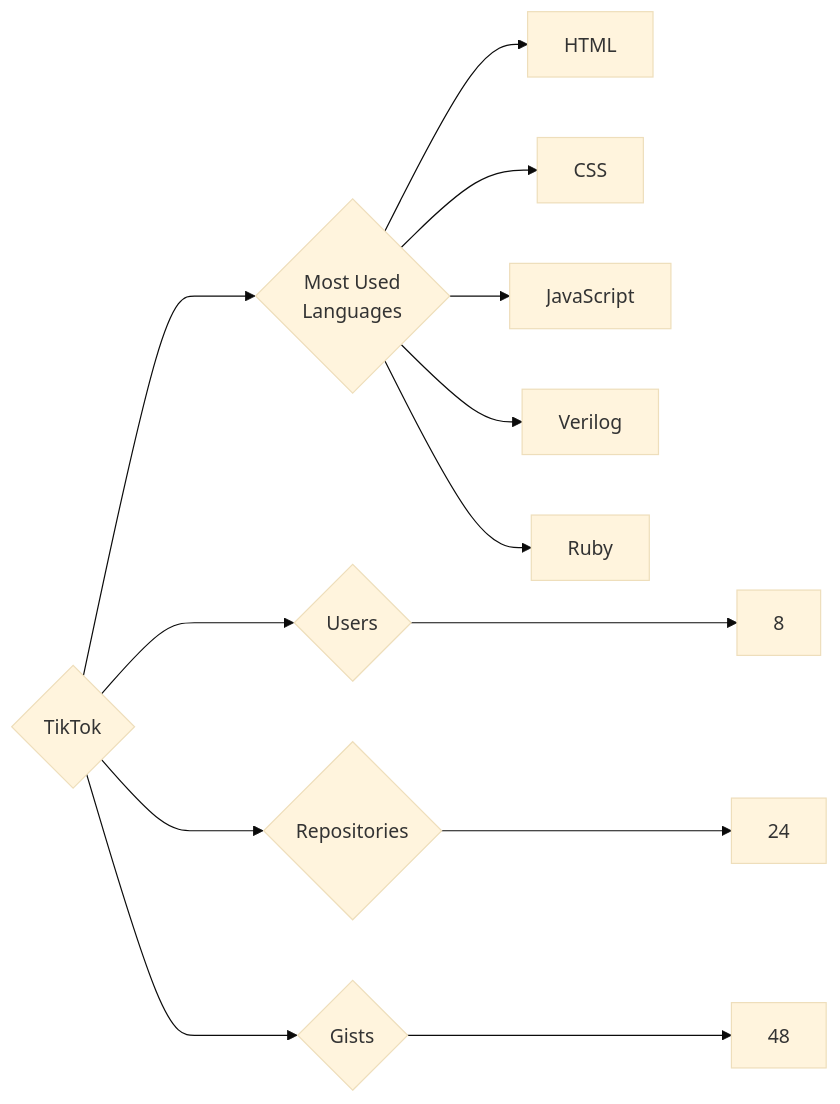
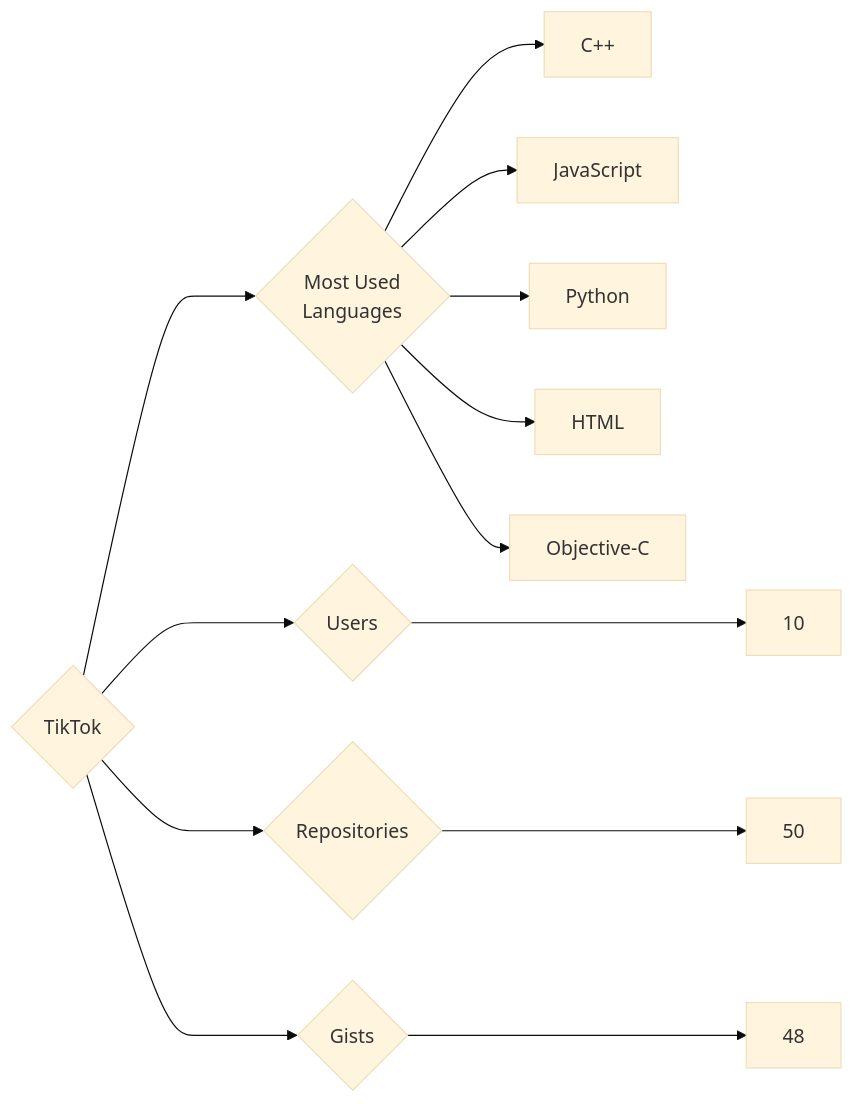
Before and after one commit to trickest/insiders: the diagram in targets/TikTok/README.md, drawn with Mermaid (base theme). The commit also changed 964 other files, not shown here.

````diff
--- a/targets/TikTok/README.md
+++ b/targets/TikTok/README.md
@@ -3,13 +3,13 @@
 ```mermaid
 graph LR
 COMPANY_NAME{TikTok}
-COMPANY_NAME ---> U{Users} ---> UN[8]
-COMPANY_NAME ---> R{Repositories} ---> RN[24]
+COMPANY_NAME ---> U{Users} ---> UN[10]
+COMPANY_NAME ---> R{Repositories} ---> RN[50]
 COMPANY_NAME ---> G{Gists} ---> GN[48]
 COMPANY_NAME ---> ML{Most Used<br>Languages}
+ML --> C++[C++]
+ML --> JavaScript[JavaScript]
+ML --> Python[Python]
 ML --> HTML[HTML]
-ML --> CSS[CSS]
-ML --> JavaScript[JavaScript]
-ML --> Verilog[Verilog]
-ML --> Ruby[Ruby]
+ML --> Objective-C[Objective-C]
 ```
````
